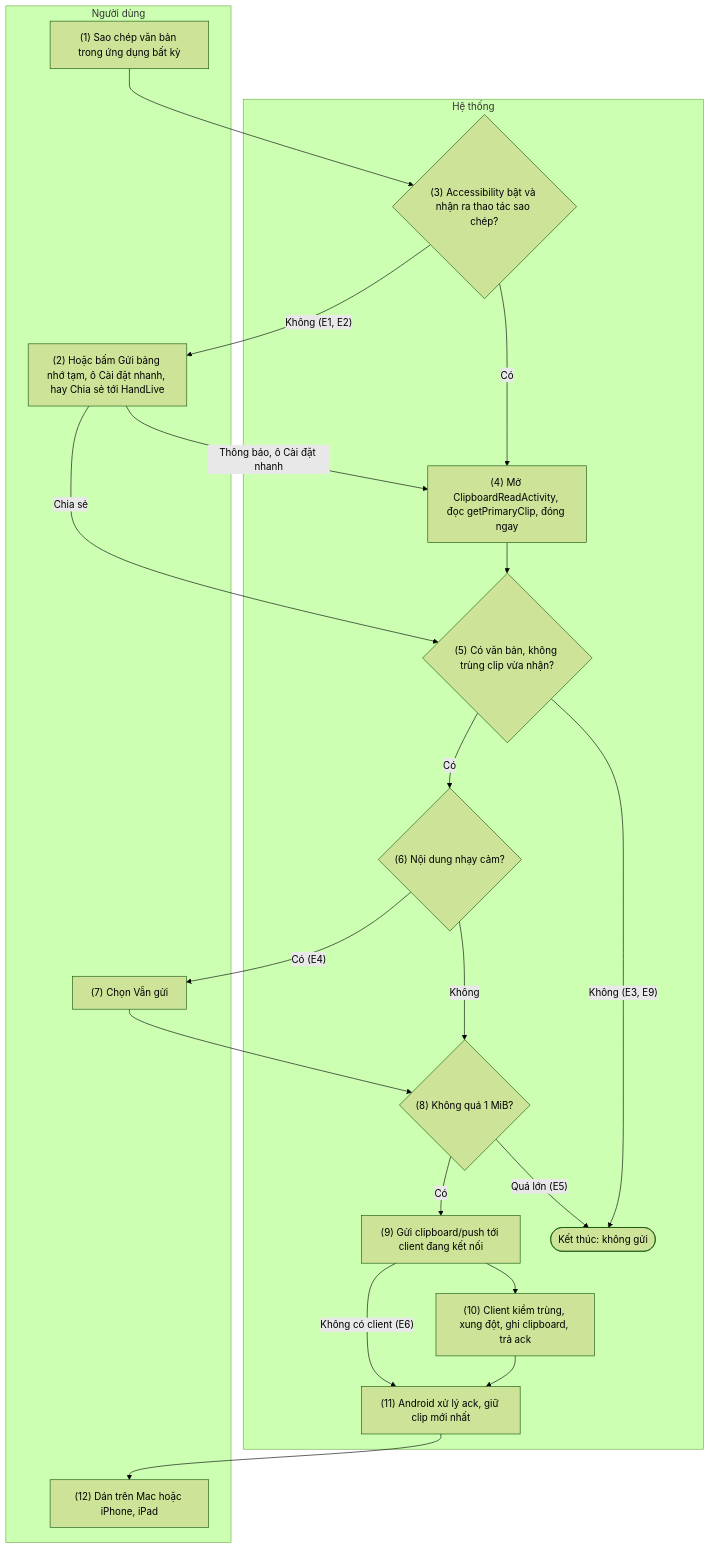
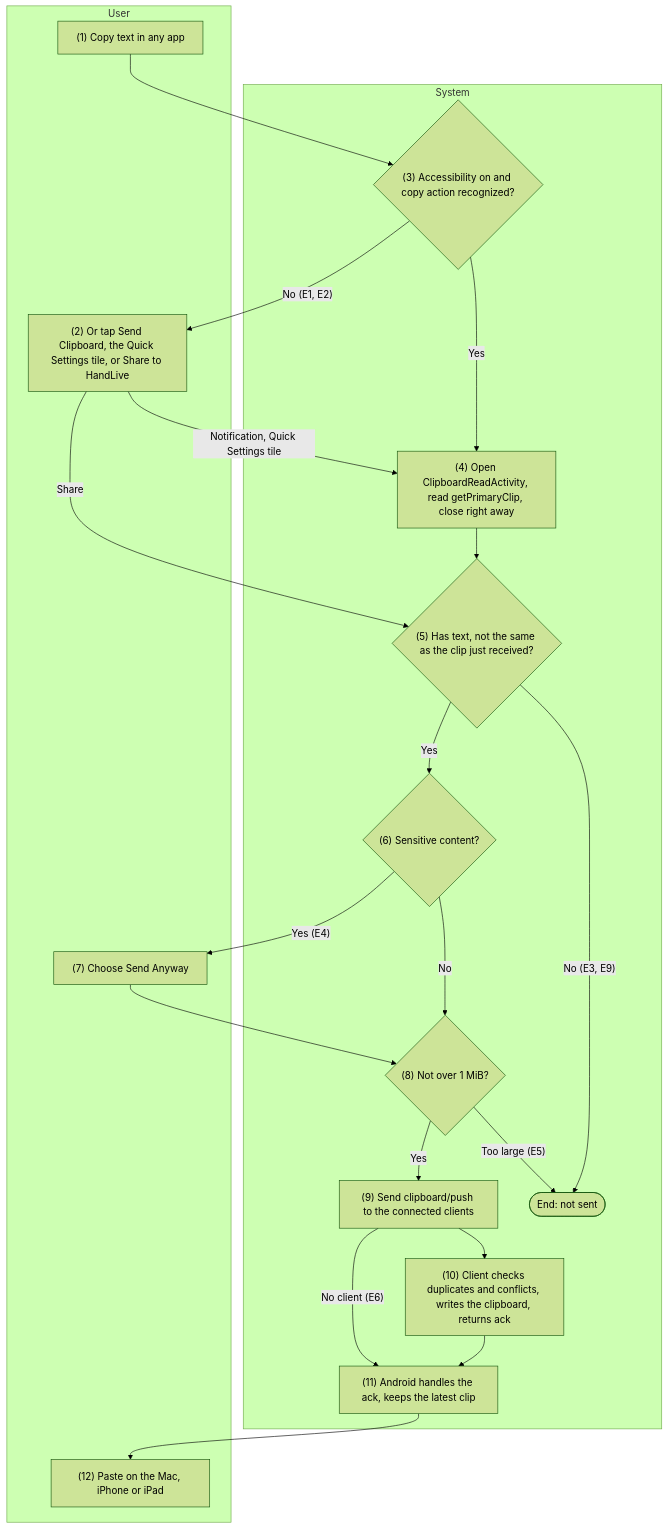
The first of 5 diagrams in docs/detailed-design/04-clipboard.md (HandLive/handlive), drawn with Mermaid (forest theme) before and after one commit. The commit also changed other lines of this file and 1 other file, not shown here.

Commit message:
docs: translate docs/detailed-design/04-clipboard.md into English

````diff
--- a/docs/detailed-design/04-clipboard.md
+++ b/docs/detailed-design/04-clipboard.md
@@ -110,35 +117,35 @@
 ```mermaid
 flowchart TB
-  subgraph ND["Người dùng"]
-    U1["(1) Sao chép văn bản trong ứng dụng bất kỳ"]
-    U2["(2) Hoặc bấm Gửi bảng nhớ tạm, ô Cài đặt nhanh, hay Chia sẻ tới HandLive"]
-    U7["(7) Chọn Vẫn gửi"]
-    U12["(12) Dán trên Mac hoặc iPhone, iPad"]
+  subgraph ND["User"]
+    U1["(1) Copy text in any app"]
+    U2["(2) Or tap Send Clipboard, the Quick Settings tile, or Share to HandLive"]
+    U7["(7) Choose Send Anyway"]
+    U12["(12) Paste on the Mac, iPhone or iPad"]
   end
-  subgraph HT["Hệ thống"]
-    D3{"(3) Accessibility bật và nhận ra thao tác sao chép?"}
-    S4["(4) Mở ClipboardReadActivity, đọc getPrimaryClip, đóng ngay"]
-    D5{"(5) Có văn bản, không trùng clip vừa nhận?"}
-    D6{"(6) Nội dung nhạy cảm?"}
-    D8{"(8) Không quá 1 MiB?"}
-    S9["(9) Gửi clipboard/push tới client đang kết nối"]
-    S10["(10) Client kiểm trùng, xung đột, ghi clipboard, trả ack"]
-    S11["(11) Android xử lý ack, giữ clip mới nhất"]
-    X1(["Kết thúc: không gửi"])
+  subgraph HT["System"]
+    D3{"(3) Accessibility on and copy action recognized?"}
+    S4["(4) Open ClipboardReadActivity, read getPrimaryClip, close right away"]
+    D5{"(5) Has text, not the same as the clip just received?"}
+    D6{"(6) Sensitive content?"}
+    D8{"(8) Not over 1 MiB?"}
+    S9["(9) Send clipboard/push to the connected clients"]
+    S10["(10) Client checks duplicates and conflicts, writes the clipboard, returns ack"]
+    S11["(11) Android handles the ack, keeps the latest clip"]
+    X1(["End: not sent"])
   end
   U1 --> D3
-  D3 -- "Có" --> S4
-  D3 -- "Không (E1, E2)" --> U2
-  U2 -- "Thông báo, ô Cài đặt nhanh" --> S4
-  U2 -- "Chia sẻ" --> D5
+  D3 -- "Yes" --> S4
+  D3 -- "No (E1, E2)" --> U2
+  U2 -- "Notification, Quick Settings tile" --> S4
+  U2 -- "Share" --> D5
   S4 --> D5
-  D5 -- "Không (E3, E9)" --> X1
-  D5 -- "Có" --> D6
-  D6 -- "Có (E4)" --> U7
-  D6 -- "Không" --> D8
+  D5 -- "No (E3, E9)" --> X1
+  D5 -- "Yes" --> D6
+  D6 -- "Yes (E4)" --> U7
+  D6 -- "No" --> D8
   U7 --> D8
-  D8 -- "Quá lớn (E5)" --> X1
-  D8 -- "Có" --> S9
+  D8 -- "Too large (E5)" --> X1
+  D8 -- "Yes" --> S9
   S9 --> S10 --> S11 --> U12
-  S9 -- "Không có client (E6)" --> S11
+  S9 -- "No client (E6)" --> S11
 ```
````
